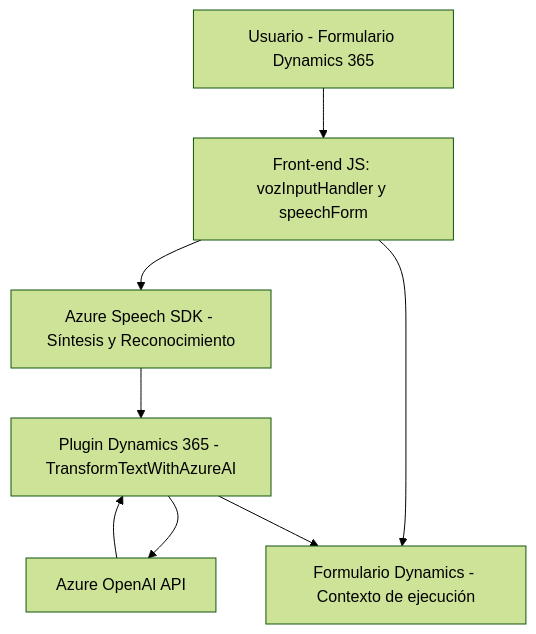
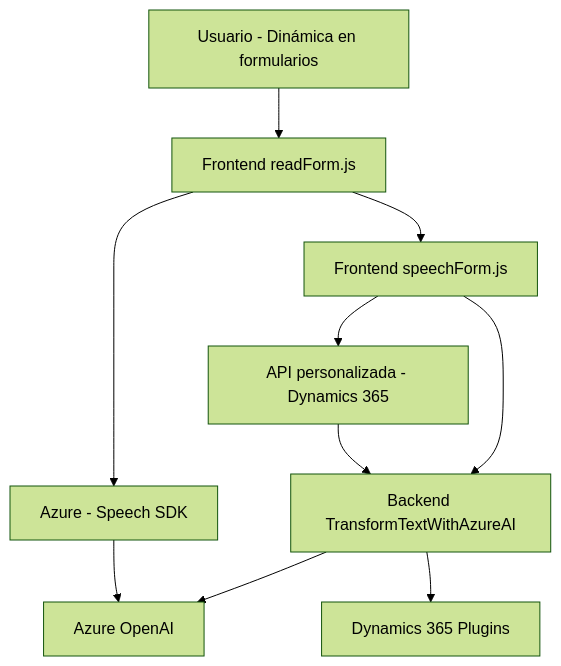
Before and after one commit to blopezdm/NETCORE_BILBAO2025: the diagram in README.md, drawn with Mermaid (forest theme). The commit also changed other lines of this file, not shown here.

````diff
--- a/README.md
+++ b/README.md
@@ -46,17 +37,12 @@
 ```mermaid
 graph TD
-    A["Usuario - Formulario Dynamics 365"]
-    B["Front-end JS: vozInputHandler y speechForm"]
-    C["Azure Speech SDK - Síntesis y Reconocimiento"]
-    D["Plugin Dynamics 365 - TransformTextWithAzureAI"]
-    E["Azure OpenAI API"]
-    F["Formulario Dynamics - Contexto de ejecución"]
-
-    A --> B
-    B --> C
-    B --> F
-    C --> D
-    D --> E
-    E --> D
+    A["Usuario - Dinámica en formularios"] --> B[Frontend readForm.js]
+    B --> C["Azure - Speech SDK"]
+    B --> D[Frontend speechForm.js]
+    D --> E["API personalizada - Dynamics 365"]
+    E --> F["Backend TransformTextWithAzureAI"]
+    F --> G["Azure OpenAI"]
+    F --> H["Dynamics 365 Plugins"]
     D --> F
+    C --> G
 ```
````
